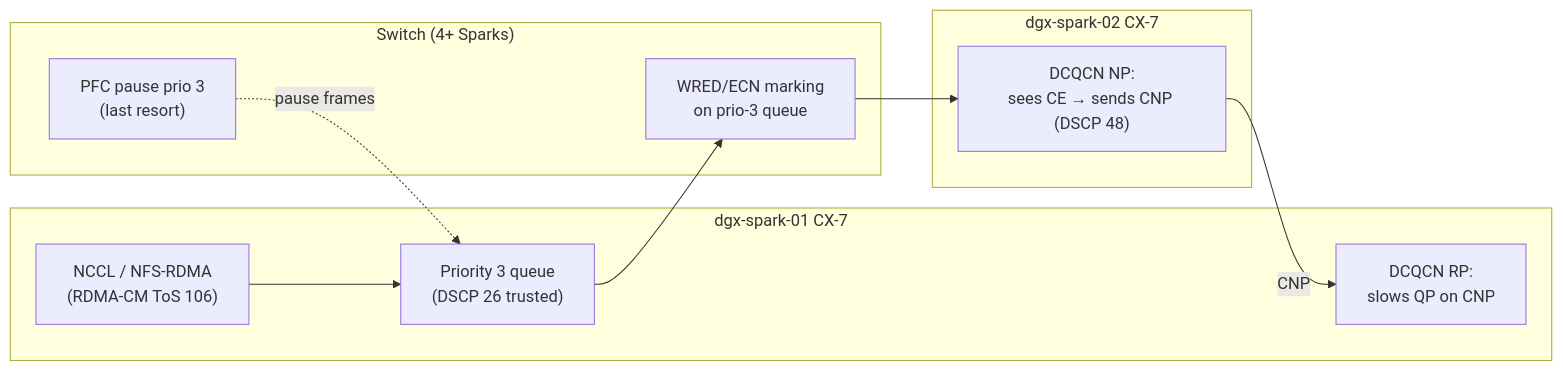
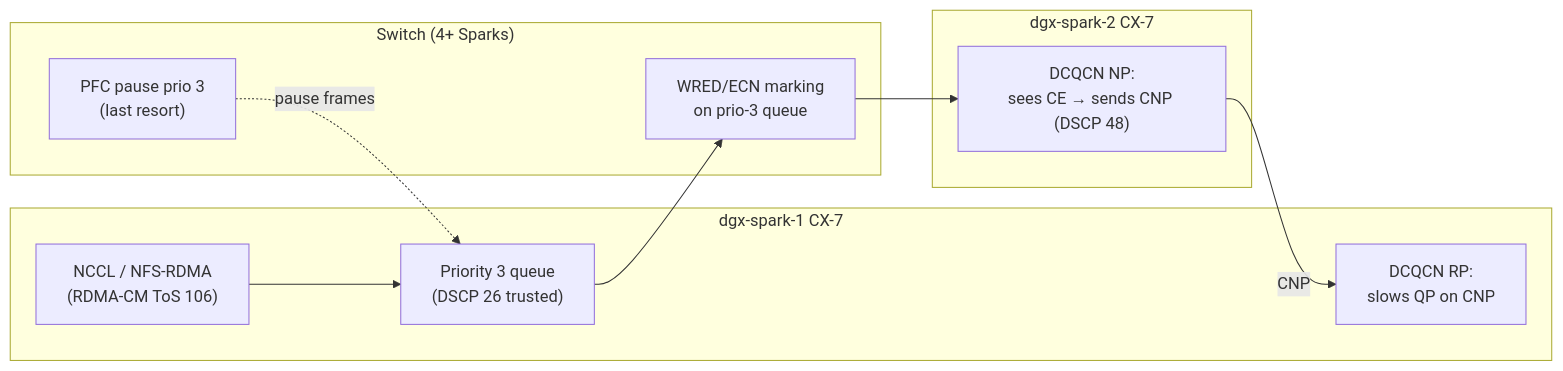
The first of 2 diagrams in 01 Ansible/12-lossless-rocev2-and-pfc-switch-host-tuning.md (cloudone365/technical-depth), drawn with Mermaid before and after one commit. The commit also changed 91 other files, not shown here.

First line of the commit message:
Rename the Spark hosts to dgx-spark-1 / dgx-spark-2

````diff
--- a/01 Ansible/12-lossless-rocev2-and-pfc-switch-host-tuning.md
+++ b/01 Ansible/12-lossless-rocev2-and-pfc-switch-host-tuning.md
@@ -25,17 +25,17 @@
 ```mermaid
 flowchart LR
-  subgraph TX["dgx-spark-01 CX-7"]
+  subgraph TX["dgx-spark-1 CX-7"]
     APP["NCCL / NFS-RDMA<br/>(RDMA-CM ToS 106)"] --> Q3["Priority 3 queue<br/>(DSCP 26 trusted)"]
     CNP_RX["DCQCN RP:<br/>slows QP on CNP"]
   end
   subgraph SW["Switch (4+ Sparks)"]
     ECN["WRED/ECN marking<br/>on prio-3 queue"]
     PFC["PFC pause prio 3<br/>(last resort)"]
   end
-  subgraph RX["dgx-spark-02 CX-7"]
+  subgraph RX["dgx-spark-2 CX-7"]
     NP["DCQCN NP:<br/>sees CE → sends CNP (DSCP 48)"]
   end
   Q3 --> ECN --> NP
   NP -- CNP --> CNP_RX
   PFC -. pause frames .-> Q3
 ```
````
